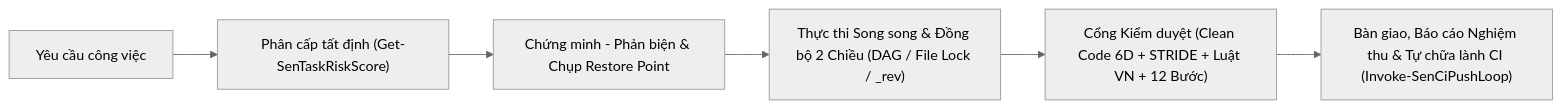
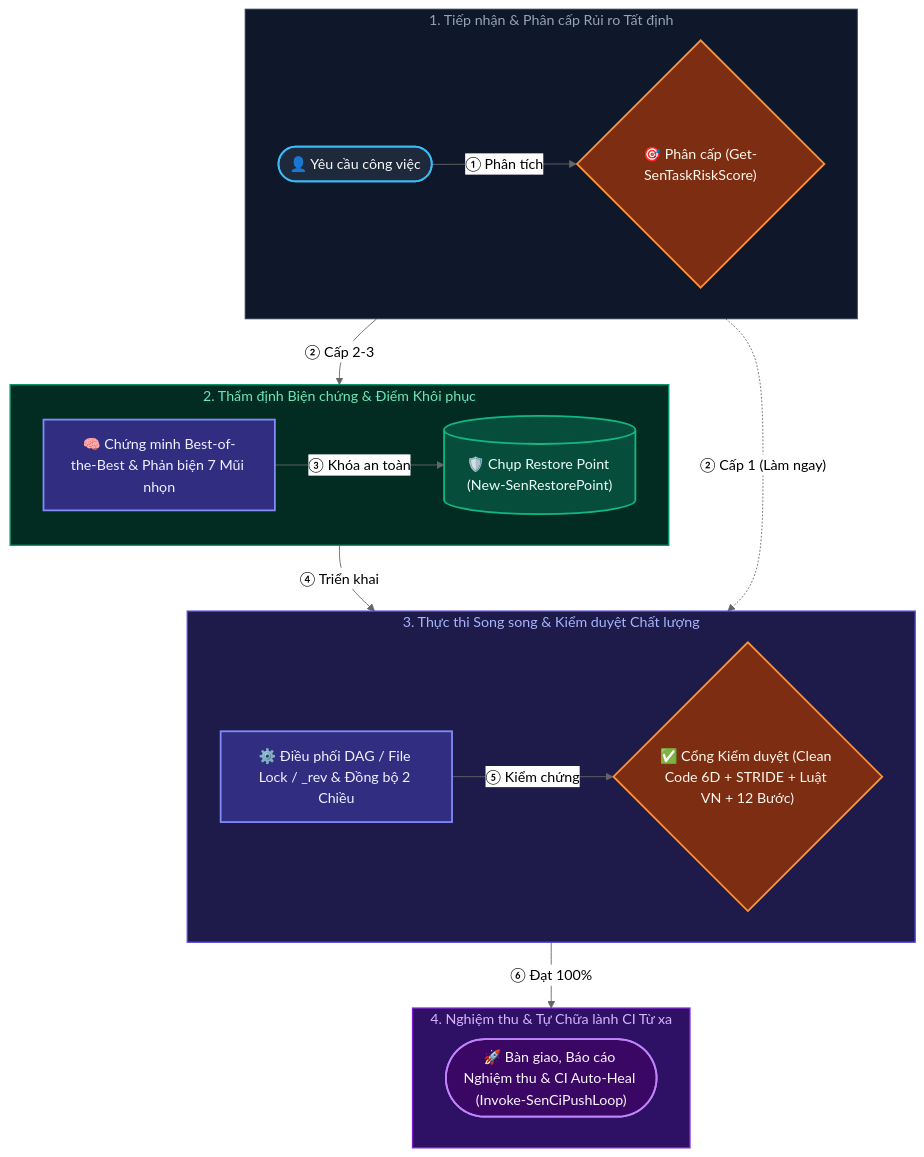
One commit to developerfs0110/Sen changed the diagram in README.vi.md. Above: the diagram before and after it, drawn with Mermaid (neutral theme). The commit also changed 22 other files, not shown here.

````diff
--- a/README.vi.md
+++ b/README.vi.md
@@ -30,8 +30,50 @@
 ```mermaid
-flowchart LR
-    A["Yêu cầu công việc"] --> B["Phân cấp tất định (Get-SenTaskRiskScore)"]
-    B --> C["Chứng minh - Phản biện & Chụp Restore Point"]
-    C --> D["Thực thi Song song & Đồng bộ 2 Chiều (DAG / File Lock / _rev)"]
-    D --> E["Cổng Kiểm duyệt (Clean Code 6D + STRIDE + Luật VN + 12 Bước)"]
-    E --> F["Bàn giao, Báo cáo Nghiệm thu & Tự chữa lành CI (Invoke-SenCiPushLoop)"]
+flowchart TB
+    subgraph S1["1. Tiếp nhận & Phân cấp Rủi ro Tất định"]
+        direction LR
+        A(["👤 Yêu cầu công việc"])
+        B{"🎯 Phân cấp (Get-SenTaskRiskScore)"}
+    end
+
+    subgraph S2["2. Thẩm định Biện chứng & Điểm Khôi phục"]
+        direction LR
+        C["🧠 Chứng minh Best-of-the-Best & Phản biện 7 Mũi nhọn"]
+        RP[("🛡️ Chụp Restore Point (New-SenRestorePoint)")]
+    end
+
+    subgraph S3["3. Thực thi Song song & Kiểm duyệt Chất lượng"]
+        direction LR
+        D["⚙️ Điều phối DAG / File Lock / _rev & Đồng bộ 2 Chiều"]
+        E{"✅ Cổng Kiểm duyệt (Clean Code 6D + STRIDE + Luật VN + 12 Bước)"}
+    end
+
+    subgraph S4["4. Nghiệm thu & Tự Chữa lành CI Từ xa"]
+        direction LR
+        F(["🚀 Bàn giao, Báo cáo Nghiệm thu & CI Auto-Heal (Invoke-SenCiPushLoop)"])
+    end
+
+    A -->|"① Phân tích"| B
+    B -->|"② Cấp 2-3"| C
+    C -->|"③ Khóa an toàn"| RP
+    RP -->|"④ Triển khai"| D
+    B -.->|"② Cấp 1 (Làm ngay)"| D
+    D -->|"⑤ Kiểm chứng"| E
+    E -->|"⑥ Đạt 100%"| F
+
+    classDef actor fill:#1e293b,stroke:#38bdf8,stroke-width:2px,color:#f8fafc
+    classDef gate fill:#7c2d12,stroke:#fb923c,stroke-width:2px,color:#fff7ed
+    classDef engine fill:#312e81,stroke:#818cf8,stroke-width:2px,color:#eef2ff
+    classDef storage fill:#064e3b,stroke:#10b981,stroke-width:2px,color:#ecfdf5
+    classDef out fill:#3b0764,stroke:#c084fc,stroke-width:2px,color:#faf5ff
+
+    class A actor
+    class B,E gate
+    class C,D engine
+    class RP storage
+    class F out
+
+    style S1 fill:#0f172a,stroke:#334155,stroke-width:1px,color:#94a3b8
+    style S2 fill:#022c22,stroke:#059669,stroke-width:1.5px,color:#6ee7b7
+    style S3 fill:#1e1b4b,stroke:#4f46e5,stroke-width:1.5px,color:#a5b4fc
+    style S4 fill:#2e1065,stroke:#7e22ce,stroke-width:1.5px,color:#d8b4fe
 ```
````
